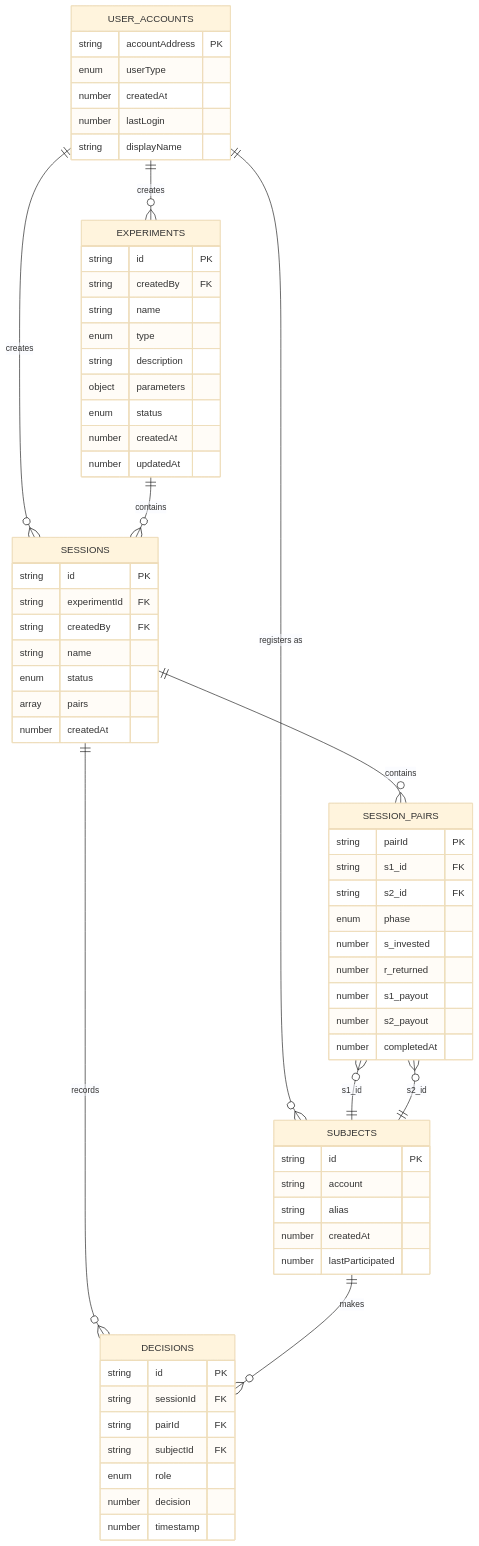
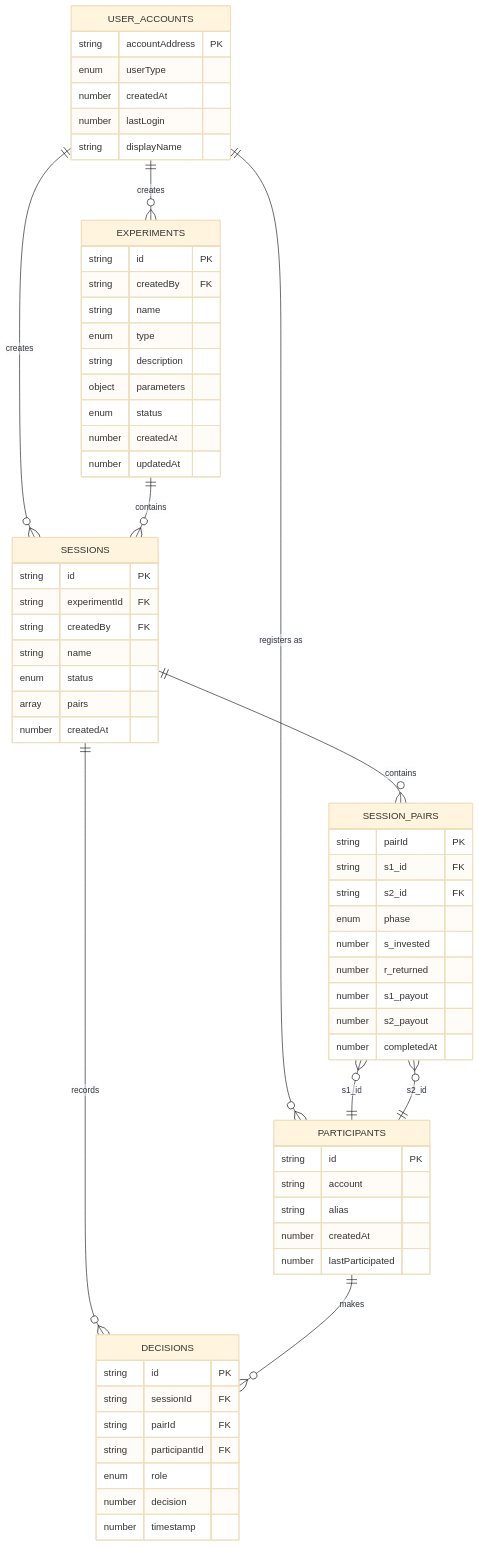
The second of 11 diagrams in docs/reference-docs/data-architecture.md (Open-Science-Blockchain-Economics/bx-hive), drawn with Mermaid (base theme) before and after one commit. The commit also changed other lines of this file and 19 other files, not shown here.

````diff
--- a/docs/reference-docs/data-architecture.md
+++ b/docs/reference-docs/data-architecture.md
@@ -271,76 +271,76 @@
 ```mermaid
 erDiagram
     USER_ACCOUNTS ||--o{ EXPERIMENTS : "creates"
     USER_ACCOUNTS ||--o{ SESSIONS : "creates"
-    USER_ACCOUNTS ||--o{ SUBJECTS : "registers as"
+    USER_ACCOUNTS ||--o{ PARTICIPANTS : "registers as"
 
     EXPERIMENTS ||--o{ SESSIONS : "contains"
 
     SESSIONS ||--o{ SESSION_PAIRS : "contains"
     SESSIONS ||--o{ DECISIONS : "records"
 
-    SESSION_PAIRS }o--|| SUBJECTS : "s1_id"
-    SESSION_PAIRS }o--|| SUBJECTS : "s2_id"
+    SESSION_PAIRS }o--|| PARTICIPANTS : "s1_id"
+    SESSION_PAIRS }o--|| PARTICIPANTS : "s2_id"
 
-    SUBJECTS ||--o{ DECISIONS : "makes"
+    PARTICIPANTS ||--o{ DECISIONS : "makes"
 
     USER_ACCOUNTS {
         string accountAddress PK
         enum userType
         number createdAt
         number lastLogin
         string displayName
     }
 
     EXPERIMENTS {
         string id PK
         string createdBy FK
         string name
         enum type
         string description
         object parameters
         enum status
         number createdAt
         number updatedAt
     }
 
     SESSIONS {
         string id PK
         string experimentId FK
         string createdBy FK
         string name
         enum status
         array pairs
         number createdAt
     }
 
     SESSION_PAIRS {
         string pairId PK
         string s1_id FK
         string s2_id FK
         enum phase
         number s_invested
         number r_returned
         number s1_payout
         number s2_payout
         number completedAt
     }
 
     DECISIONS {
         string id PK
         string sessionId FK
         string pairId FK
-        string subjectId FK
+        string participantId FK
         enum role
         number decision
         number timestamp
     }
 
-    SUBJECTS {
+    PARTICIPANTS {
         string id PK
         string account
         string alias
         number createdAt
         number lastParticipated
     }
 ```
````
